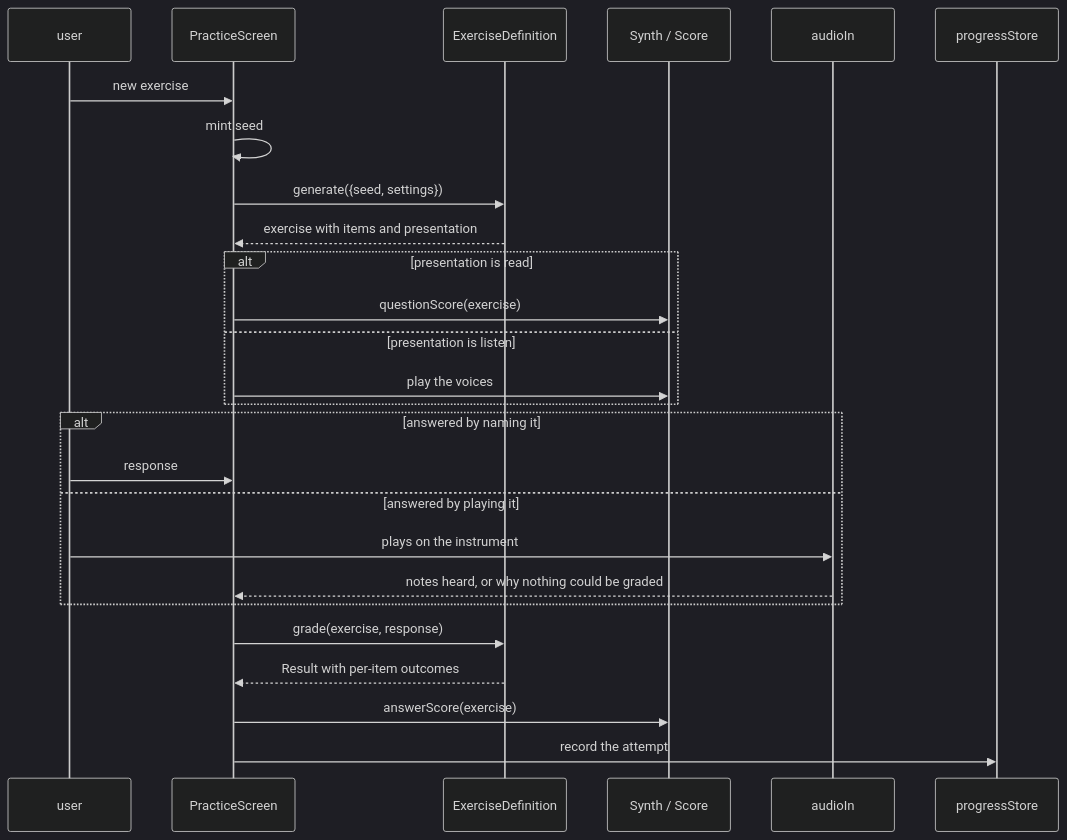
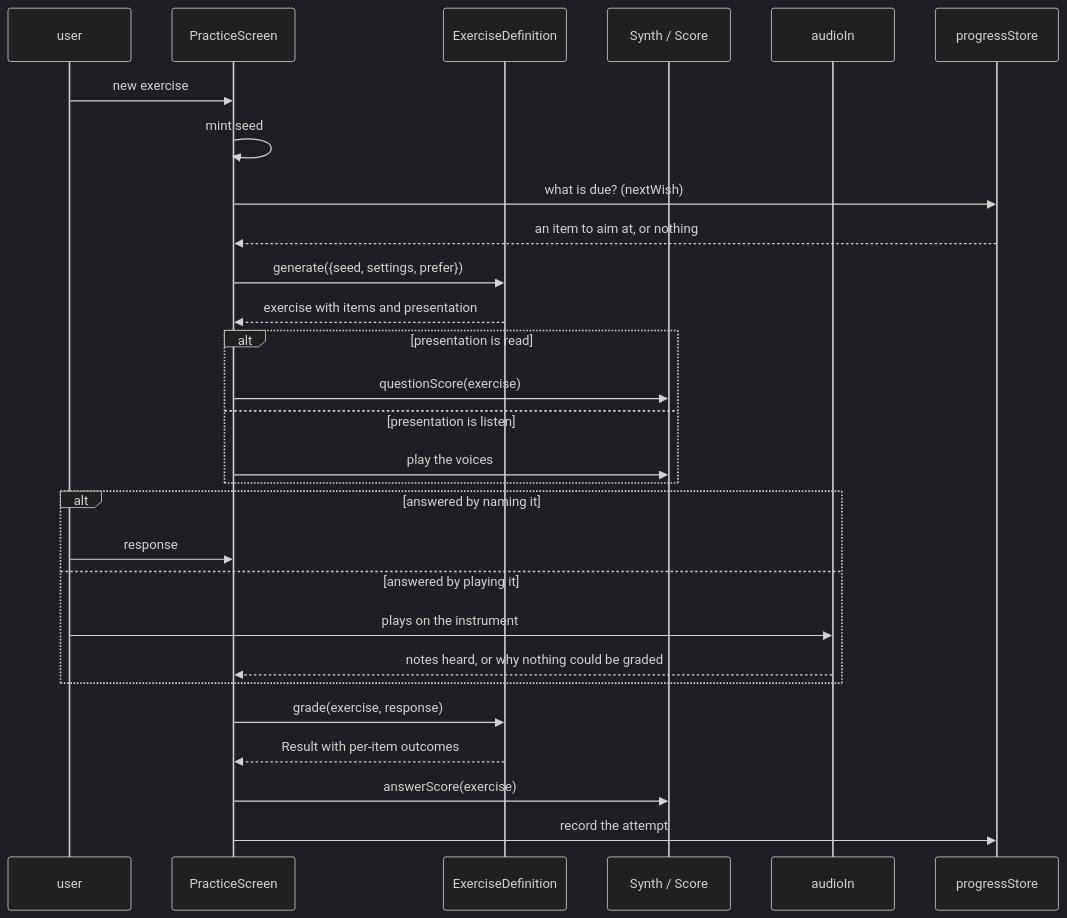
The second of 3 diagrams in docs/ARCHITECTURE.md (deepl0w/pitch_space), drawn with Mermaid (dark theme) before and after one commit. The commit also changed other lines of this file and 2 other files, not shown here.

Commit message:
Record that generation now takes a wish, and answer 0037's bet now its first caller exists

````diff
--- a/docs/ARCHITECTURE.md
+++ b/docs/ARCHITECTURE.md
@@ -114,29 +118,31 @@
 ```mermaid
 sequenceDiagram
     participant U as user
     participant S as PracticeScreen
     participant D as ExerciseDefinition
     participant A as Synth / Score
     participant M as audioIn
     participant P as progressStore
 
     U->>S: new exercise
     S->>S: mint seed
-    S->>D: generate({seed, settings})
+    S->>P: what is due? (nextWish)
+    P-->>S: an item to aim at, or nothing
+    S->>D: generate({seed, settings, prefer})
     D-->>S: exercise with items and presentation
     alt presentation is read
         S->>A: questionScore(exercise)
     else presentation is listen
         S->>A: play the voices
     end
     alt answered by naming it
         U->>S: response
     else answered by playing it
         U->>M: plays on the instrument
         M-->>S: notes heard, or why nothing could be graded
     end
     S->>D: grade(exercise, response)
     D-->>S: Result with per-item outcomes
     S->>A: answerScore(exercise)
     S->>P: record the attempt
 ```
````
